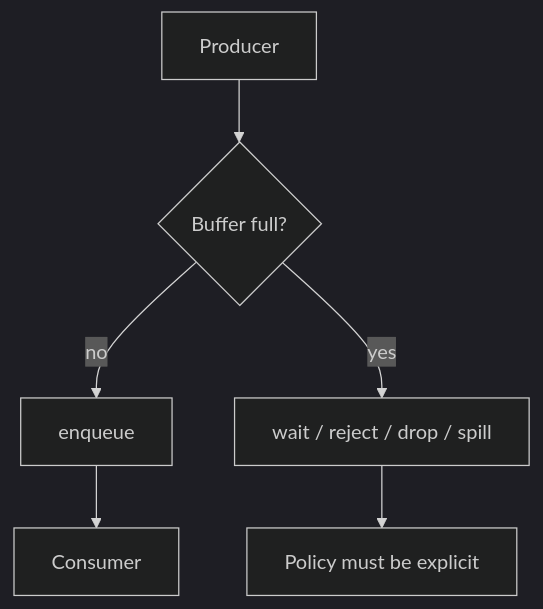
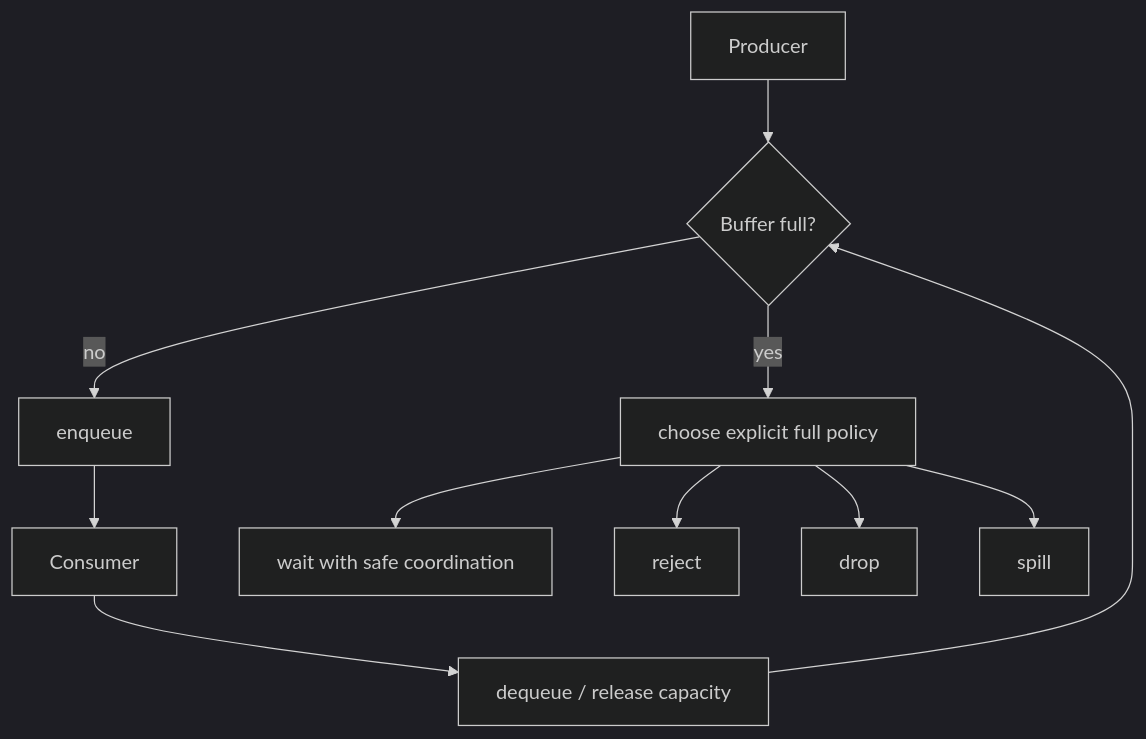
One commit to michaeliu3/atlas-academy-python-cs changed the eighth of 10 diagrams in content/modules/07_stacks_queues_iteration_lazy.md. Above: the diagram before and after it, drawn with Mermaid (dark theme). The commit also changed other lines of this file and 8 other files, not shown here.

````diff
--- a/content/modules/07_stacks_queues_iteration_lazy.md
+++ b/content/modules/07_stacks_queues_iteration_lazy.md
@@ -896,8 +922,16 @@
 ```mermaid
+%% atlas-diagram-id: m07-buffer-full-policy
+%% atlas-diagram-title: Capacity overflow requires an explicit policy rather than an implicit queue behavior
+%% atlas-diagram-alt: A producer checks whether a buffer is full. With space, it enqueues work for the consumer, whose dequeue can release capacity; when full, the system must explicitly choose waiting, rejecting, dropping, or spilling, each with different delivery semantics.
 flowchart TD
     P["Producer"] --> B{"Buffer full?"}
     B -- "no" --> Q["enqueue"]
     Q --> C["Consumer"]
-    B -- "yes" --> W["wait / reject / drop / spill"]
-    W --> POLICY["Policy must be explicit"]
+    C --> RELEASE["dequeue / release capacity"]
+    RELEASE --> B
+    B -- "yes" --> POLICY["choose explicit full policy"]
+    POLICY --> WAIT["wait with safe coordination"]
+    POLICY --> REJECT["reject"]
+    POLICY --> DROP["drop"]
+    POLICY --> SPILL["spill"]
 ```
````
